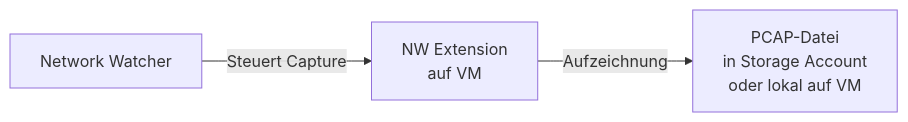
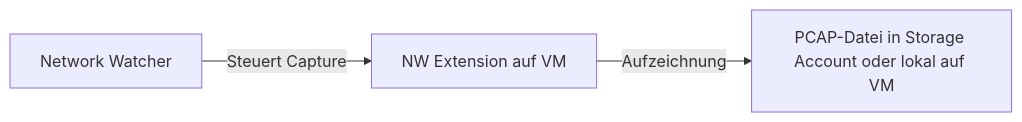
Before and after one commit to SoniiiT/notes-n-docs: the sixth of 7 diagrams in Microsoft 365/Azure/Netzwerk/Azure Network Watcher.md, drawn with Mermaid. The commit also changed other lines of this file and 124 other files, not shown here.

First line of the commit message:
fix: Entferne \n aus allen Mermaid-Diagrammen (125 Dateien)

````diff
--- a/Microsoft 365/Azure/Netzwerk/Azure Network Watcher.md
+++ b/Microsoft 365/Azure/Netzwerk/Azure Network Watcher.md
@@ -295,5 +295,5 @@
 ```mermaid
 graph LR
-    NW[Network Watcher] -->|Steuert Capture| AGENT[NW Extension\nauf VM]
-    AGENT -->|Aufzeichnung| PCAP[PCAP-Datei\nin Storage Account\noder lokal auf VM]
+    NW[Network Watcher] -->|Steuert Capture| AGENT[NW Extension auf VM]
+    AGENT -->|Aufzeichnung| PCAP[PCAP-Datei in Storage Account oder lokal auf VM]
 ```
````
